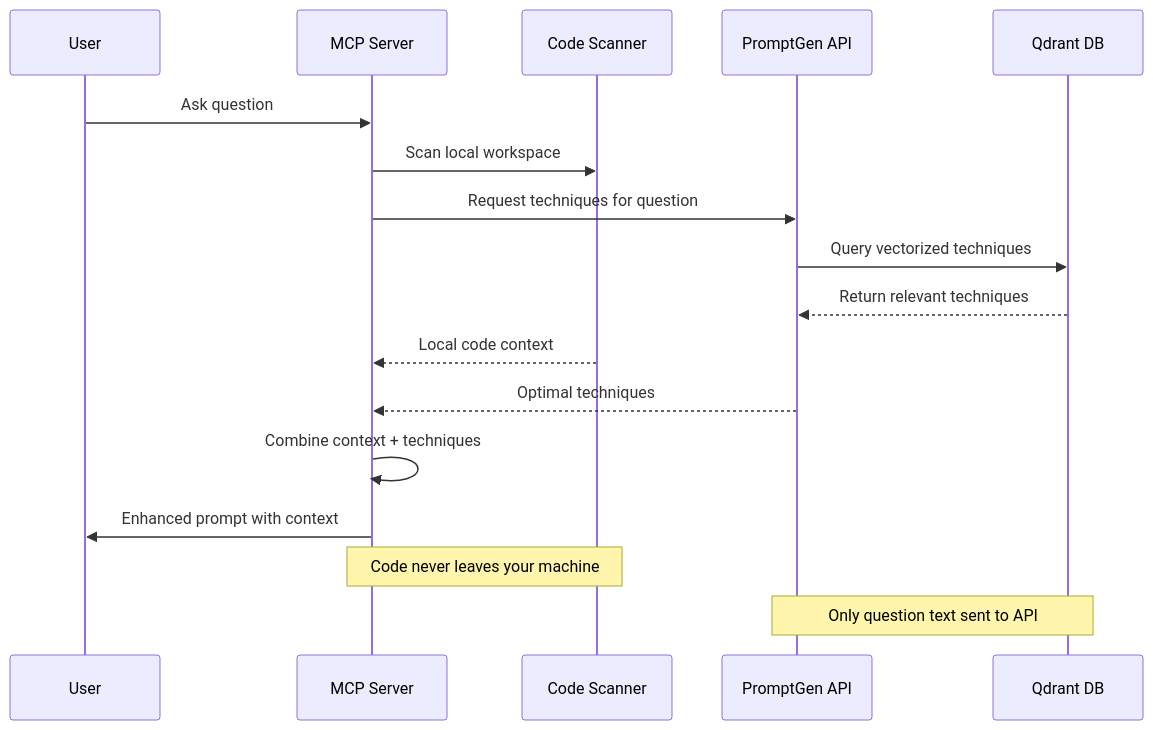
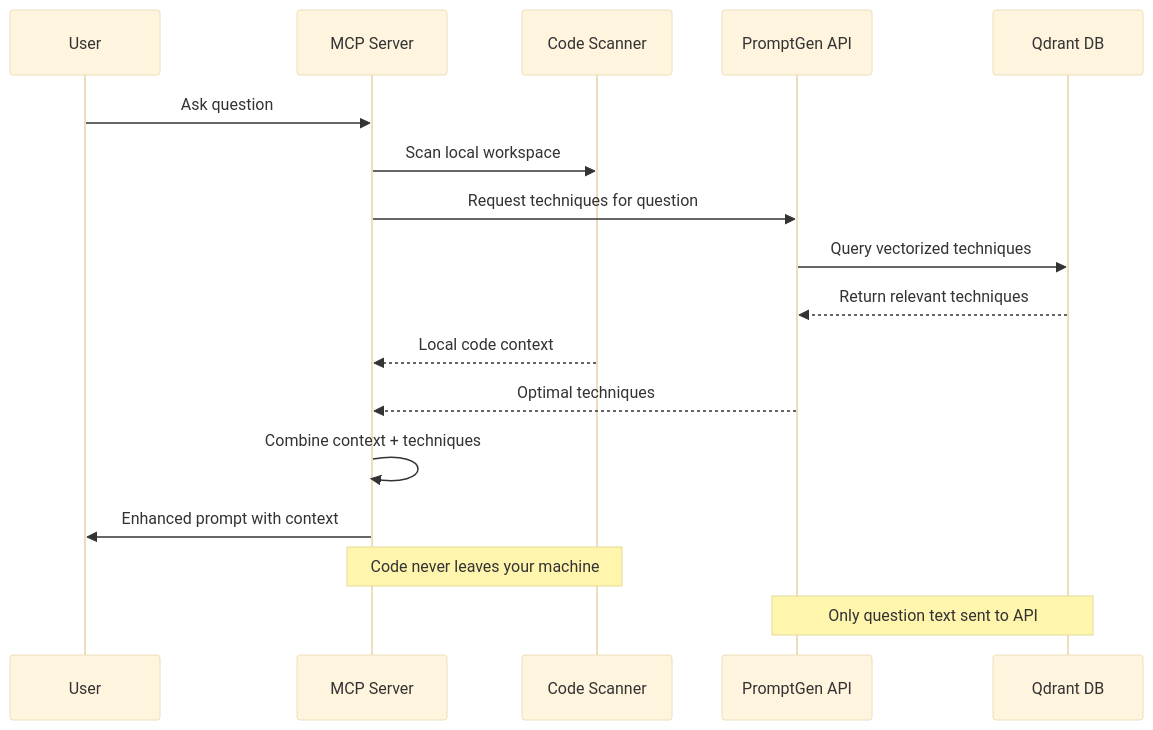
The diagram in README.md (prompt-gen-mcp/prompt-gen-mcp), drawn with Mermaid before and after one commit. The commit also changed other lines of this file, not shown here.

Commit message:
Force GitHub cache refresh by adding Mermaid init directives

````diff
--- a/README.md
+++ b/README.md
@@ -146,21 +147,22 @@
 ```mermaid
+%%{init: {'theme':'base'}}%%
 sequenceDiagram
     participant U as User
     participant M as MCP Server
     participant C as Code Scanner
     participant P as PromptGen API
     participant Q as Qdrant DB
     
     U->>M: Ask question
     M->>C: Scan local workspace
     M->>P: Request techniques for question
     P->>Q: Query vectorized techniques
     Q-->>P: Return relevant techniques
     C-->>M: Local code context
     P-->>M: Optimal techniques
     M->>M: Combine context + techniques
     M->>U: Enhanced prompt with context
     
     Note over C,M: Code never leaves your machine
     Note over P,Q: Only question text sent to API
 ```
````
